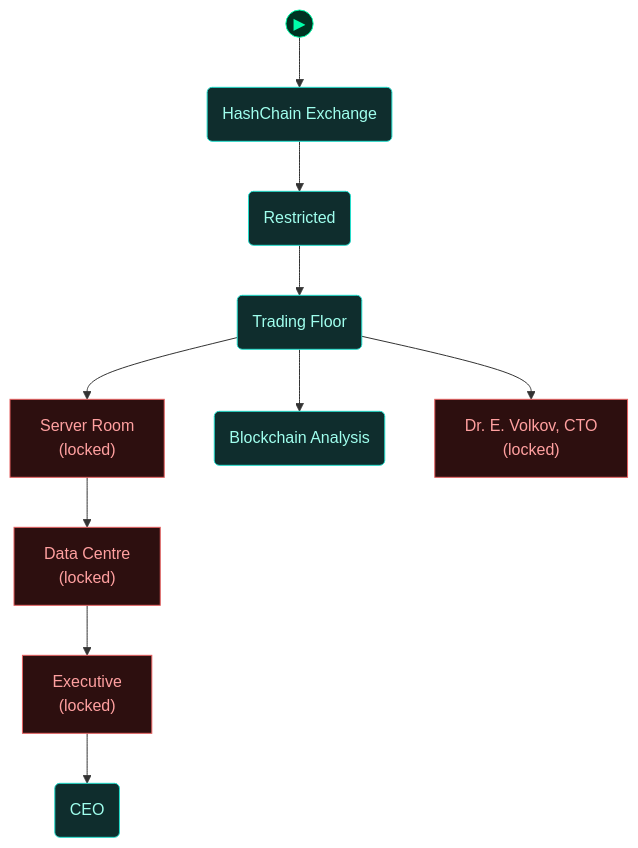
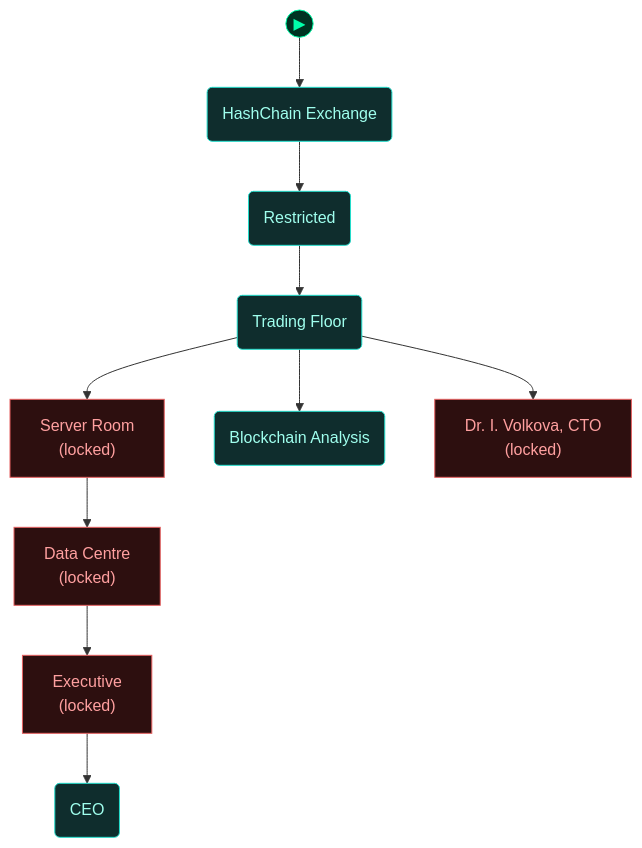
One commit to cliffe/BreakEscape changed the fourth of 5 diagrams in scenarios/m06_follow_the_money/dungeon_graph.md. Above: the diagram before and after it, drawn with Mermaid. The commit also changed other lines of this file and 45 other files, not shown here.

````diff
--- a/scenarios/m06_follow_the_money/dungeon_graph.md
+++ b/scenarios/m06_follow_the_money/dungeon_graph.md
@@ -389,44 +389,44 @@
 ```mermaid
 flowchart TD
 
   classDef room      fill:#0f2d2d,stroke:#22ddcc,color:#a0ffee
   classDef lock      fill:#2d0f0f,stroke:#e66060,color:#ffa0a0
   classDef key       fill:#2d0812,stroke:#e66060,color:#ffa0a0
   classDef item      fill:#2d1200,stroke:#e89030,color:#ffcc80
   classDef gate      fill:#111,stroke:#666,color:#eee
   classDef vm        fill:#0c1f40,stroke:#4a90d9,color:#a0c8ff
   classDef flag      fill:#1a0c2d,stroke:#9060d0,color:#cc99ff
   classDef action    fill:#1a1200,stroke:#cc9922,color:#ffee88
   classDef aim       fill:#0d2a0d,stroke:#44cc44,color:#88ff88
   classDef aim_gate  fill:#111111,stroke:#44cc44,color:#44cc44
   classDef container fill:#1a2d1a,stroke:#60b060,color:#a0e0a0
   classDef npc       fill:#2d1f0d,stroke:#d0a050,color:#ffe0a0
   classDef critical  fill:#2a1500,stroke:#ffaa00,color:#ffdd88
   classDef start     fill:#003322,stroke:#00ffaa,color:#00ffaa
 
   node_start(("▶"))
   node_start --> reception_lobby
 
   reception_lobby("HashChain Exchange")
   security_checkpoint("Restricted")
   trading_floor("Trading Floor")
   server_room["Server Room<br/>(locked)"]
   data_center["Data Centre<br/>(locked)"]
   blockchain_lab("Blockchain Analysis")
-  elena_office["Dr. E. Volkov, CTO<br/>(locked)"]
+  elena_office["Dr. I. Volkova, CTO<br/>(locked)"]
   executive_wing["Executive<br/>(locked)"]
   satoshi_office("CEO")
 
   reception_lobby --> security_checkpoint
   security_checkpoint --> trading_floor
   trading_floor --> server_room
   trading_floor --> blockchain_lab
   trading_floor --> elena_office
   server_room --> data_center
   data_center --> executive_wing
   executive_wing --> satoshi_office
 
   class reception_lobby,security_checkpoint,trading_floor,blockchain_lab,satoshi_office room
   class server_room,data_center,elena_office,executive_wing lock
   class node_start start
 ```
````
